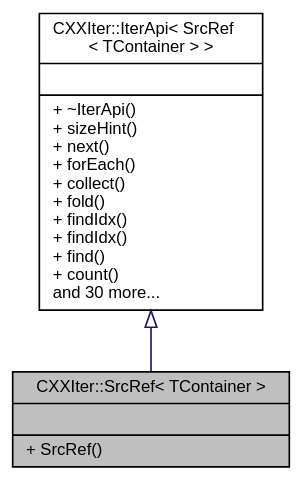
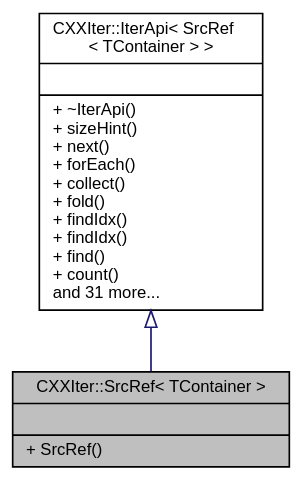
One commit to seijikun/CXXIter changed the diagram in classCXXIter_1_1SrcRef__coll__graph.dot. Above: the diagram before and after it, drawn with Graphviz. The commit also changed 23 other files, not shown here.

```diff
--- a/classCXXIter_1_1SrcRef__coll__graph.dot
+++ b/classCXXIter_1_1SrcRef__coll__graph.dot
@@ -1,11 +1,11 @@
 digraph "CXXIter::SrcRef&lt; TContainer &gt;"
 {
  // INTERACTIVE_SVG=YES
  // LATEX_PDF_SIZE
   bgcolor="transparent";
   edge [fontname="Helvetica",fontsize="10",labelfontname="Helvetica",labelfontsize="10"];
   node [fontname="Helvetica",fontsize="10",shape=record];
   Node1 [label="{CXXIter::SrcRef\< TContainer \>\n||+ SrcRef()\l}",height=0.2,width=0.4,color="black", fillcolor="grey75", style="filled", fontcolor="black",tooltip="CXXIter iterator source that mutably borrows the input item source, and passes mutable references to ..."];
   Node2 -> Node1 [dir="back",color="midnightblue",fontsize="10",style="solid",arrowtail="onormal",fontname="Helvetica"];
-  Node2 [label="{CXXIter::IterApi\< SrcRef\l\< TContainer \> \>\n||+ ~IterApi()\l+ sizeHint()\l+ next()\l+ forEach()\l+ collect()\l+ fold()\l+ findIdx()\l+ findIdx()\l+ find()\l+ count()\land 30 more...\l}",height=0.2,width=0.4,color="black",URL="$classCXXIter_1_1IterApi.html",tooltip=" "];
+  Node2 [label="{CXXIter::IterApi\< SrcRef\l\< TContainer \> \>\n||+ ~IterApi()\l+ sizeHint()\l+ next()\l+ forEach()\l+ collect()\l+ fold()\l+ findIdx()\l+ findIdx()\l+ find()\l+ count()\land 31 more...\l}",height=0.2,width=0.4,color="black",URL="$classCXXIter_1_1IterApi.html",tooltip=" "];
 }
```
